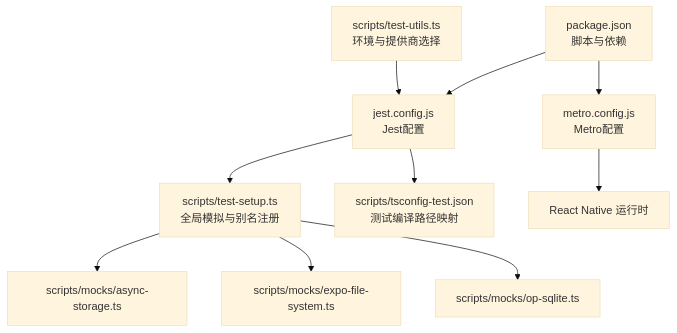
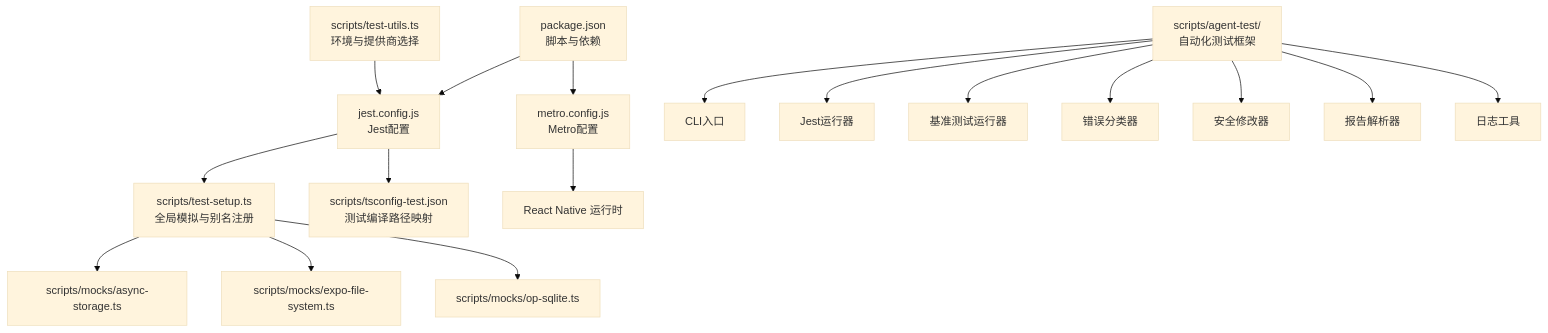
The first of 8 diagrams in .qoder/repowiki/zh/content/开发指南/调试与测试.md (NarcisWL/Nexara), drawn with Mermaid (base theme) before and after one commit. The commit also changed other lines of this file and 19 other files, not shown here.

````diff
--- a/.qoder/repowiki/zh/content/开发指南/调试与测试.md
+++ b/.qoder/repowiki/zh/content/开发指南/调试与测试.md
@@ -37,12 +58,19 @@
 ```mermaid
 graph TB
 A["jest.config.js<br/>Jest配置"] --> B["scripts/test-setup.ts<br/>全局模拟与别名注册"]
 B --> C["scripts/mocks/async-storage.ts"]
 B --> D["scripts/mocks/expo-file-system.ts"]
 B --> E["scripts/mocks/op-sqlite.ts"]
 A --> F["scripts/tsconfig-test.json<br/>测试编译路径映射"]
 G["metro.config.js<br/>Metro配置"] --> H["React Native 运行时"]
 I["package.json<br/>脚本与依赖"] --> A
 I --> G
 J["scripts/test-utils.ts<br/>环境与提供商选择"] --> A
+K["scripts/agent-test/<br/>自动化测试框架"] --> L["CLI入口"]
+K --> M["Jest运行器"]
+K --> N["基准测试运行器"]
+K --> O["错误分类器"]
+K --> P["安全修改器"]
+K --> Q["报告解析器"]
+K --> R["日志工具"]
 ```
````
